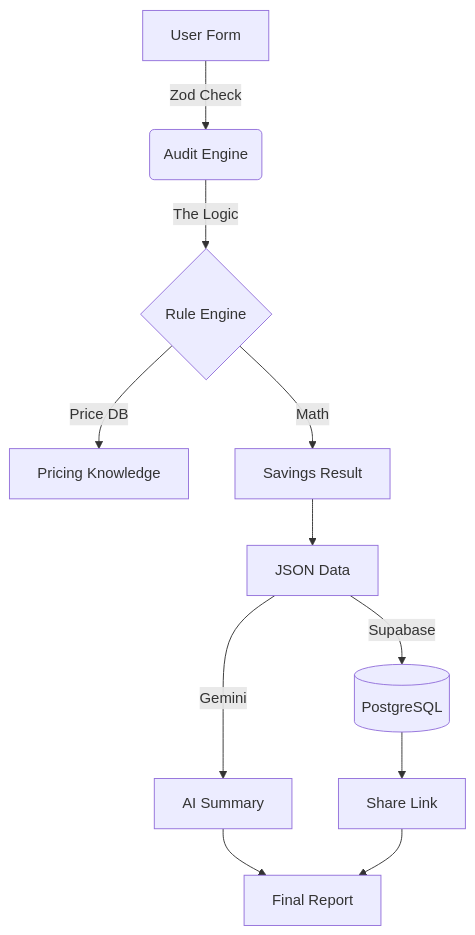
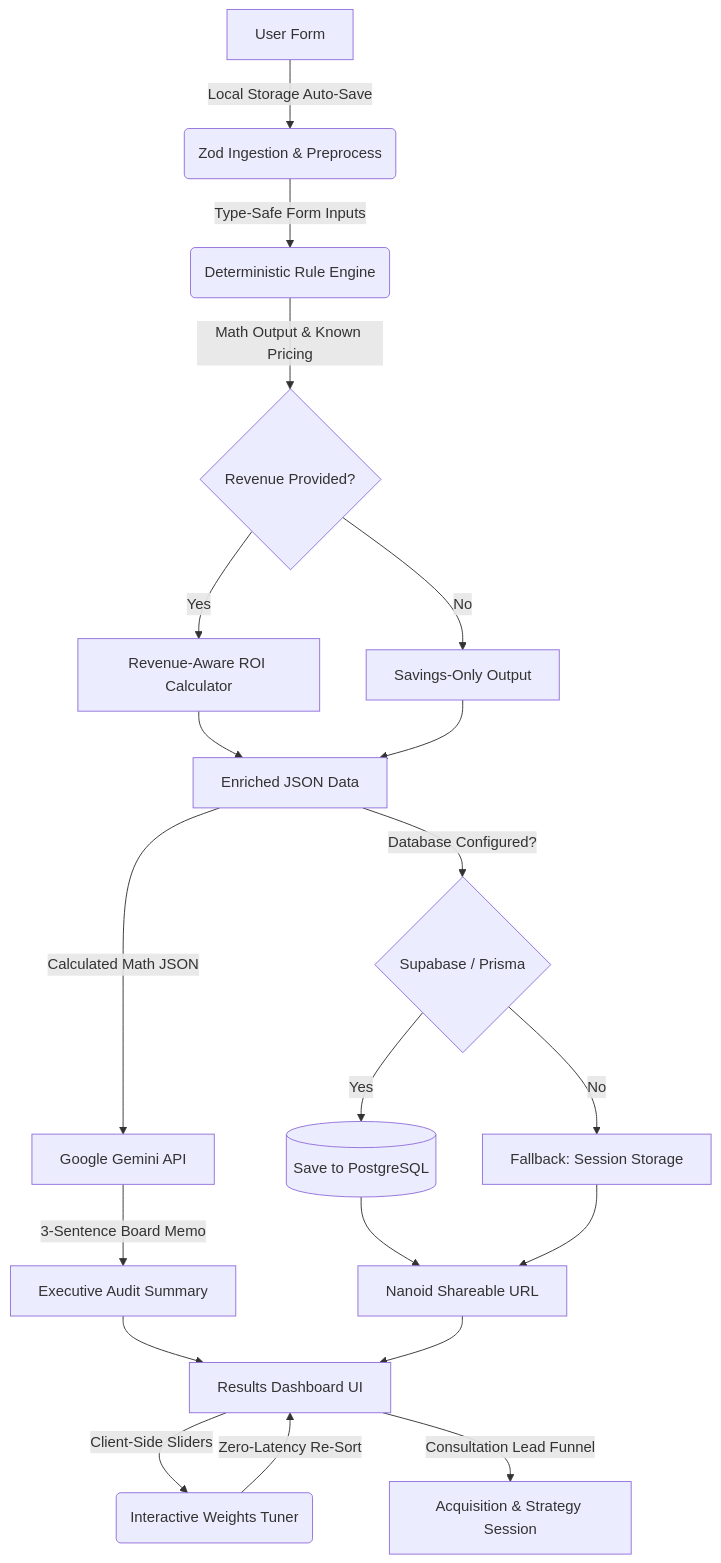
The first of 2 diagrams in ARCHITECTURE.md (ABHAY-AVA2005/CREDEX-AI-SPEND-AUDIT-), drawn with Mermaid before and after one commit. The commit also changed other lines of this file and 4 other files, not shown here.

Commit message:
feat: complete CFO v2 Elite features, ROI calculator, weights tuner, and comprehensive interview prep guide

````diff
--- a/ARCHITECTURE.md
+++ b/ARCHITECTURE.md
@@ -42,13 +41,22 @@
 ```mermaid
 graph TD
-    A[User Form] -->|Zod Check| B(Audit Engine)
-    B -->|The Logic| C{Rule Engine}
-    C -->|Price DB| D[Pricing Knowledge]
-    C -->|Math| E[Savings Result]
-    E --> F[JSON Data]
-    F -->|Supabase| G[(PostgreSQL)]
-    F -->|Gemini| H[AI Summary]
-    G --> I[Share Link]
-    H --> J[Final Report]
-    I --> J
+    A[User Form] -->|Local Storage Auto-Save| B(Zod Ingestion & Preprocess)
+    B -->|Type-Safe Form Inputs| C(Deterministic Rule Engine)
+    C -->|Math Output & Known Pricing| D{Revenue Provided?}
+    D -->|Yes| E[Revenue-Aware ROI Calculator]
+    D -->|No| F[Savings-Only Output]
+    E --> G[Enriched JSON Data]
+    F --> G
+    G -->|Database Configured?| H{Supabase / Prisma}
+    H -->|Yes| I[(Save to PostgreSQL)]
+    H -->|No| J[Fallback: Session Storage]
+    G -->|Calculated Math JSON| K[Google Gemini API]
+    K -->|3-Sentence Board Memo| L[Executive Audit Summary]
+    I --> M[Nanoid Shareable URL]
+    J --> M
+    L --> N[Results Dashboard UI]
+    M --> N
+    N -->|Client-Side Sliders| O(Interactive Weights Tuner)
+    O -->|Zero-Latency Re-Sort| N
+    N -->|Consultation Lead Funnel| P[Acquisition & Strategy Session]
 ```
````
